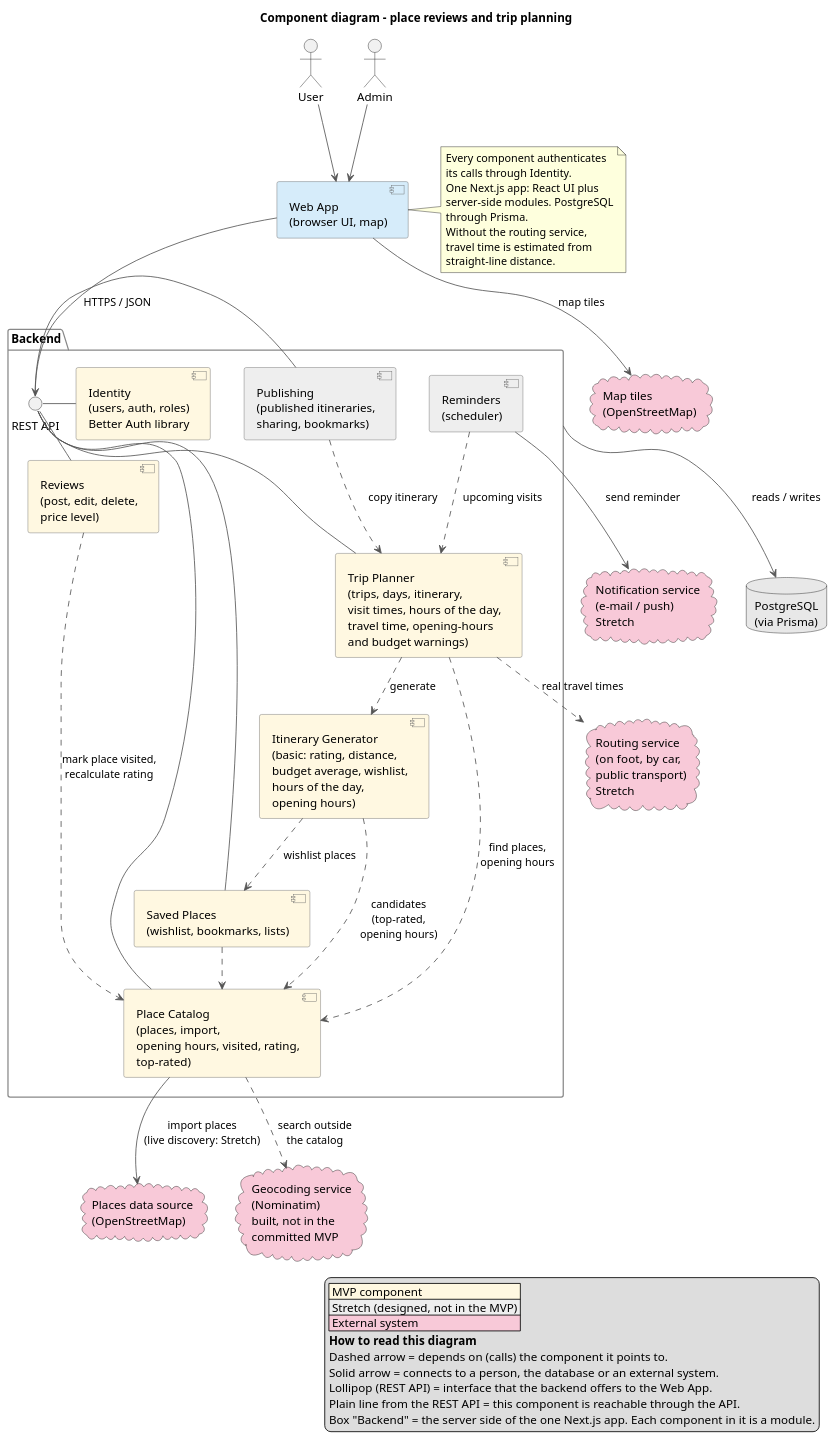
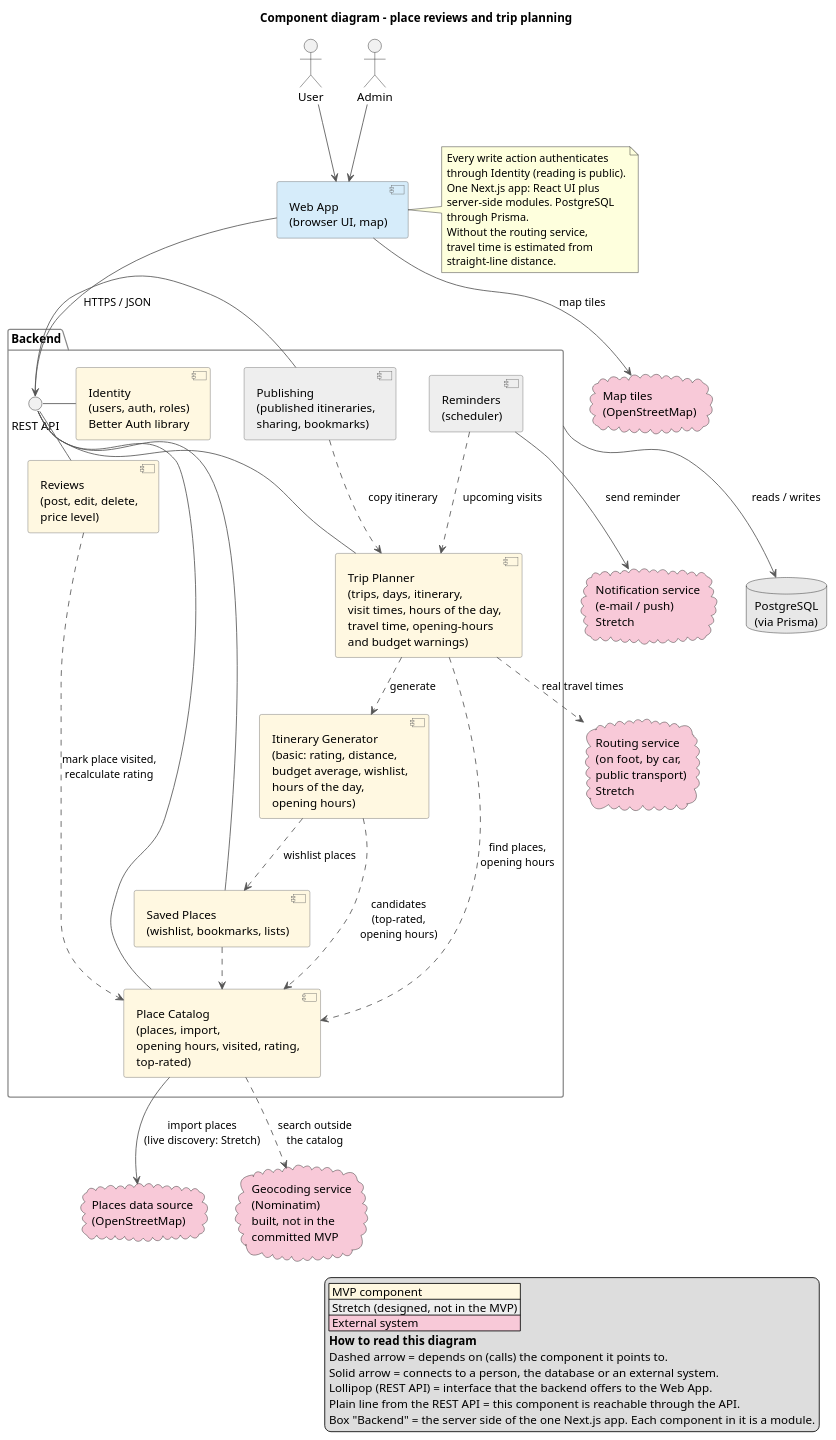
The diagram in docs/design/component-diagram.puml (MESW-LES-2627/les-project-group-7), drawn with PlantUML before and after one commit. The commit also changed 6 other files, not shown here.

```diff
--- a/docs/design/component-diagram.puml
+++ b/docs/design/component-diagram.puml
@@ -1,92 +1,92 @@
 @startuml component-diagram
 title Component diagram – place reviews and trip planning
 skinparam shadowing false
 skinparam componentStyle uml2
 skinparam nodesep 40
 skinparam ranksep 50
 skinparam ArrowColor #555555
 skinparam component {
   BackgroundColor #FFF8E1
   BorderColor #666666
 }
 skinparam package {
   BorderColor #888888
 }
 
 legend right
   |<#FFF8E1> MVP component |
   |<#EEEEEE> Stretch (designed, not in the MVP) |
   |<#F8C9D8> External system |
   **How to read this diagram**
   Dashed arrow = depends on (calls) the component it points to.
   Solid arrow = connects to a person, the database or an external system.
   Lollipop (REST API) = interface that the backend offers to the Web App.
   Plain line from the REST API = this component is reachable through the API.
   Box "Backend" = the server side of the one Next.js app. Each component in it is a module.
 endlegend
 
 actor "User" as user
 actor "Admin" as admin
 
 component "Web App\n(browser UI, map)" as web #D6ECFA
 
 package "Backend" as backend {
   interface "REST API" as api
 
   component "Identity\n(users, auth, roles)\nBetter Auth library" as identity
   component "Place Catalog\n(places, import,\nopening hours, visited, rating,\ntop-rated)" as catalog
   component "Reviews\n(post, edit, delete,\nprice level)" as reviews
   component "Saved Places\n(wishlist, bookmarks, lists)" as saved
   component "Trip Planner\n(trips, days, itinerary,\nvisit times, hours of the day,\ntravel time, opening-hours\nand budget warnings)" as planner
   component "Itinerary Generator\n(basic: rating, distance,\nbudget average, wishlist,\nhours of the day,\nopening hours)" as generator
   component "Publishing\n(published itineraries,\nsharing, bookmarks)" as publishing #EEEEEE
   component "Reminders\n(scheduler)" as reminders #EEEEEE
 }
 
 database "PostgreSQL\n(via Prisma)" as db #E8E8E8
 
 cloud "Places data source\n(OpenStreetMap)" as places #F8C9D8
 cloud "Map tiles\n(OpenStreetMap)" as tiles #F8C9D8
 cloud "Routing service\n(on foot, by car,\npublic transport)\nStretch" as routing #F8C9D8
 cloud "Geocoding service\n(Nominatim)\nbuilt, not in the\ncommitted MVP" as geocoding #F8C9D8
 cloud "Notification service\n(e-mail / push)\nStretch" as notif #F8C9D8
 
 user --> web
 admin --> web
 web --> api : HTTPS / JSON
 web --> tiles : map tiles
 api - identity
 api - catalog
 api - reviews
 api - saved
 api - planner
 api - publishing
 
 reviews ..> catalog : mark place visited,\nrecalculate rating
 saved ..> catalog
 planner ..> catalog : find places,\nopening hours
 planner ..> generator : generate
 generator ..> catalog : candidates\n(top-rated,\nopening hours)
 generator ..> saved : wishlist places
 publishing ..> planner : copy itinerary
 reminders ..> planner : upcoming visits
 
 catalog --> places : import places\n(live discovery: Stretch)
 catalog ..> geocoding : search outside\nthe catalog
 planner ..> routing : real travel times
 reminders --> notif : send reminder
 
 
 backend --> db : reads / writes
 
 note right of web
-  Every component authenticates
-  its calls through Identity.
+  Every write action authenticates
+  through Identity (reading is public).
   One Next.js app: React UI plus
   server-side modules. PostgreSQL
   through Prisma.
   Without the routing service,
   travel time is estimated from
   straight-line distance.
 end note
 @enduml
```
